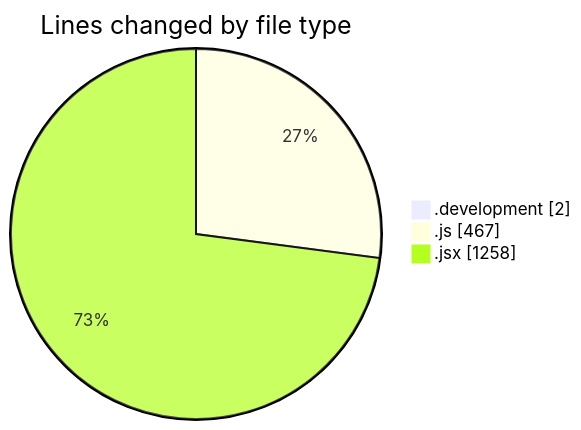
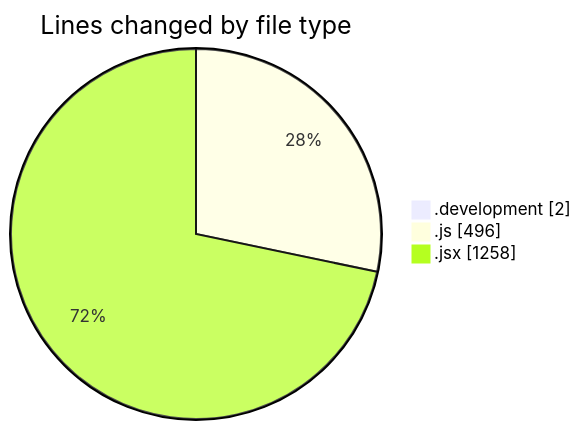
The first of 2 diagrams in 2025-11-10/nxtqube_webapp/README.md (nxtqubesakshisongat/code-tracking), drawn with Mermaid before and after one commit. The commit also changed other lines of this file and 1 other file, not shown here.

````diff
--- a/2025-11-10/nxtqube_webapp/README.md
+++ b/2025-11-10/nxtqube_webapp/README.md
@@ -28,7 +28,7 @@
 ```mermaid
 pie showData
 title Lines changed by file type
 ".development" : 2
-".js" : 467
+".js" : 496
 ".jsx" : 1258
 ```
````
